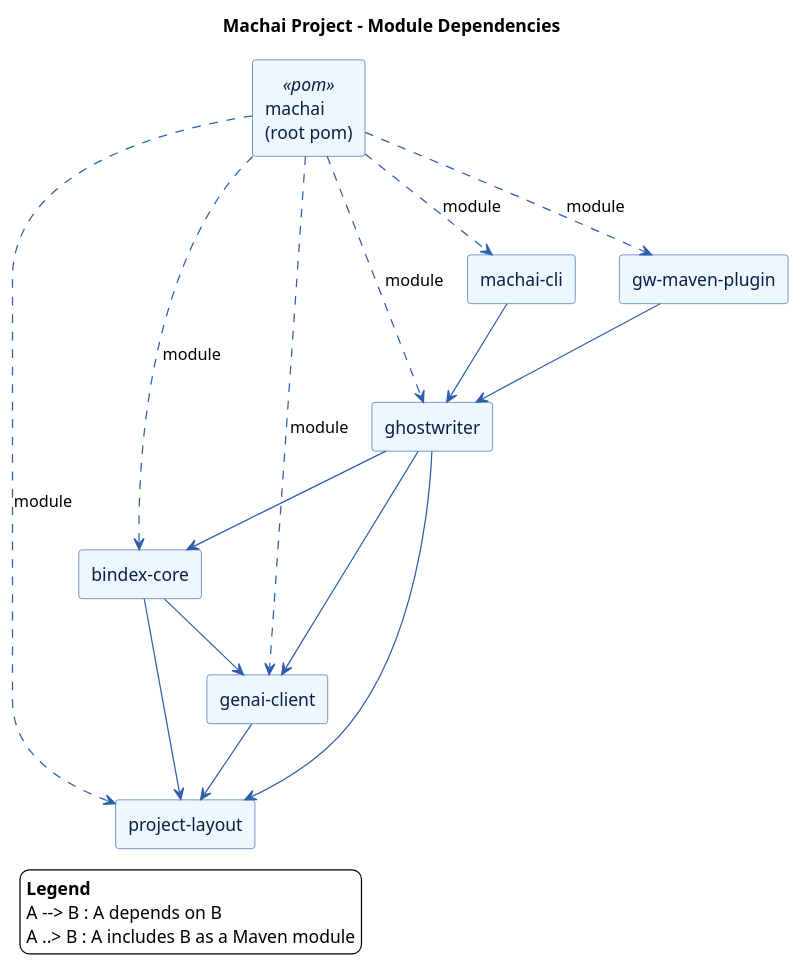
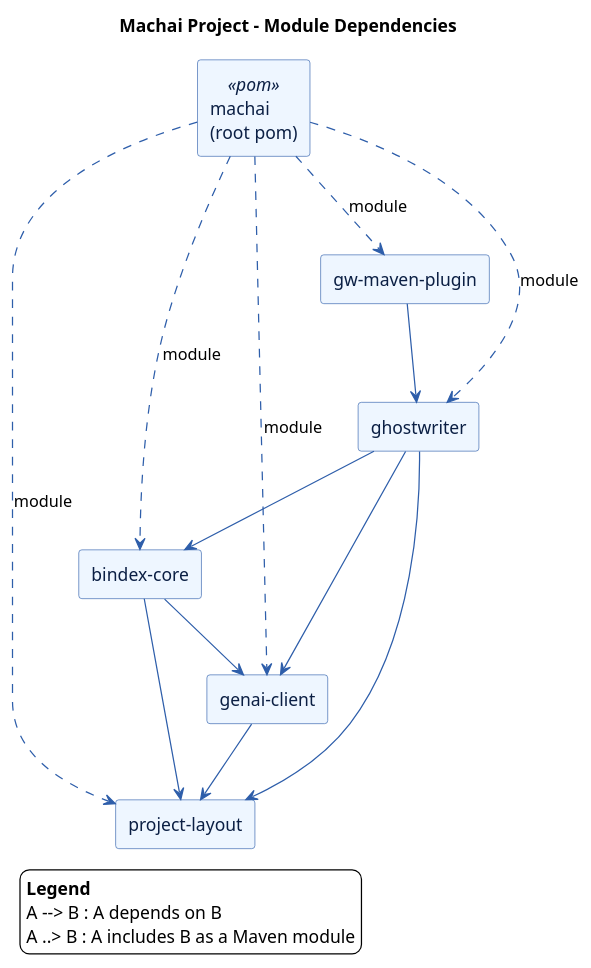
Before and after one commit to machanism-org/machai: the diagram in src/site/puml/project-structure.puml, drawn with PlantUML. The commit also changed other lines of this file and 62 other files, not shown here.

Commit message:
removed machai-cli module.

```diff
--- a/src/site/puml/project-structure.puml
+++ b/src/site/puml/project-structure.puml
@@ -2,58 +2,54 @@
 @startuml
 
 title Machai Project - Module Dependencies
 
 skinparam backgroundColor transparent
 skinparam shadowing false
 skinparam componentStyle rectangle
 skinparam packageStyle rectangle
 skinparam defaultTextAlignment left
 
 skinparam component {
   BackgroundColor #EEF6FF
   BorderColor #2E5EAA
   FontColor #0B1F44
 }
 
 skinparam arrow {
   Color #2E5EAA
   Thickness 1
 }
 
 legend left
   <b>Legend</b>
   A --> B : A depends on B
   A ..> B : A includes B as a Maven module
 endlegend
 
 component "machai\n(root pom)" as machai_root <<pom>>
 component "project-layout" as project_layout
 component "genai-client" as genai_client
 component "bindex-core" as bindex_core
-component "machai-cli" as machai_cli
 component "ghostwriter" as ghostwriter
 component "gw-maven-plugin" as gw_maven_plugin
 
 machai_root ..> project_layout : module
 machai_root ..> genai_client : module
 machai_root ..> bindex_core : module
-machai_root ..> machai_cli : module
 machai_root ..> ghostwriter : module
 machai_root ..> gw_maven_plugin : module
 
 ' Dependencies between modules (from module pom.xml)
 
 genai_client --> project_layout
 
 bindex_core --> project_layout
 bindex_core --> genai_client
 
 ghostwriter --> project_layout
 ghostwriter --> genai_client
 ghostwriter --> bindex_core
 
-machai_cli --> ghostwriter
-
 gw_maven_plugin --> ghostwriter
 
 @enduml
```
